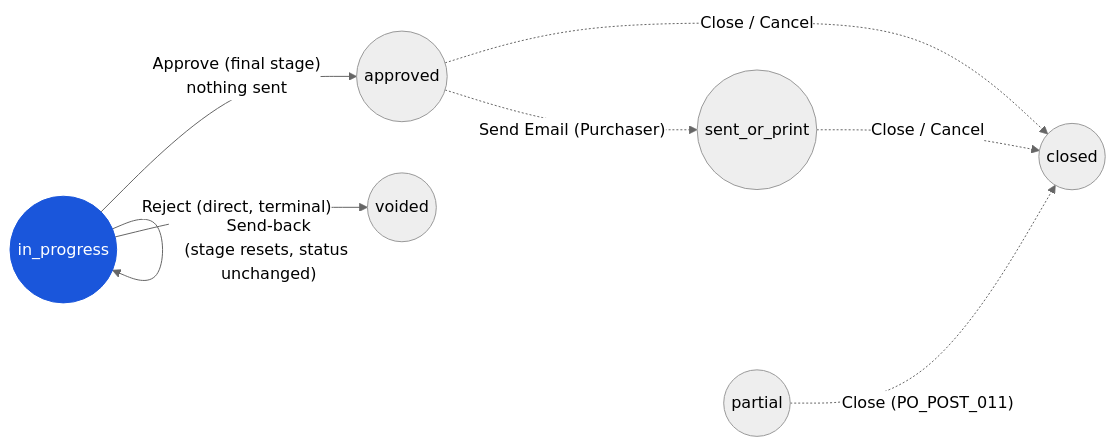
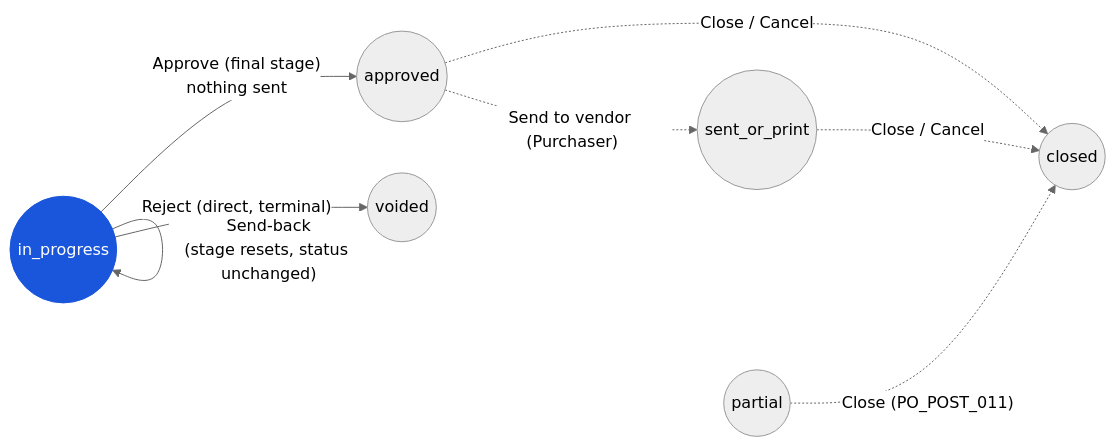
One commit to CarmenSoftware-organization/carmen-wiki changed the diagram in en/inventory/purchase-order/03-user-flow-procurement-manager.md. Above: the diagram before and after it, drawn with Mermaid (neutral theme). The commit also changed other lines of this file and 35 other files, not shown here.

````diff
--- a/en/inventory/purchase-order/03-user-flow-procurement-manager.md
+++ b/en/inventory/purchase-order/03-user-flow-procurement-manager.md
@@ -27,11 +27,11 @@
 ```mermaid
 graph LR
     inprog(("in_progress")):::current -->|"Approve (final stage)<br/>nothing sent"| approved(("approved"))
     inprog -->|"Send-back<br/>(stage resets, status unchanged)"| inprog
     inprog -->|"Reject (direct, terminal)"| voided(("voided"))
-    approved -.->|"Send Email (Purchaser)"| sent(("sent_or_print"))
+    approved -.->|"Send to vendor (Purchaser)"| sent(("sent_or_print"))
     approved -.->|"Close / Cancel"| closed(("closed"))
     sent -.->|"Close / Cancel"| closed
     partial(("partial")) -.->|"Close (PO_POST_011)"| closed
     classDef current fill:#1a56db,color:#fff,stroke:#1a56db;
 ```
````
